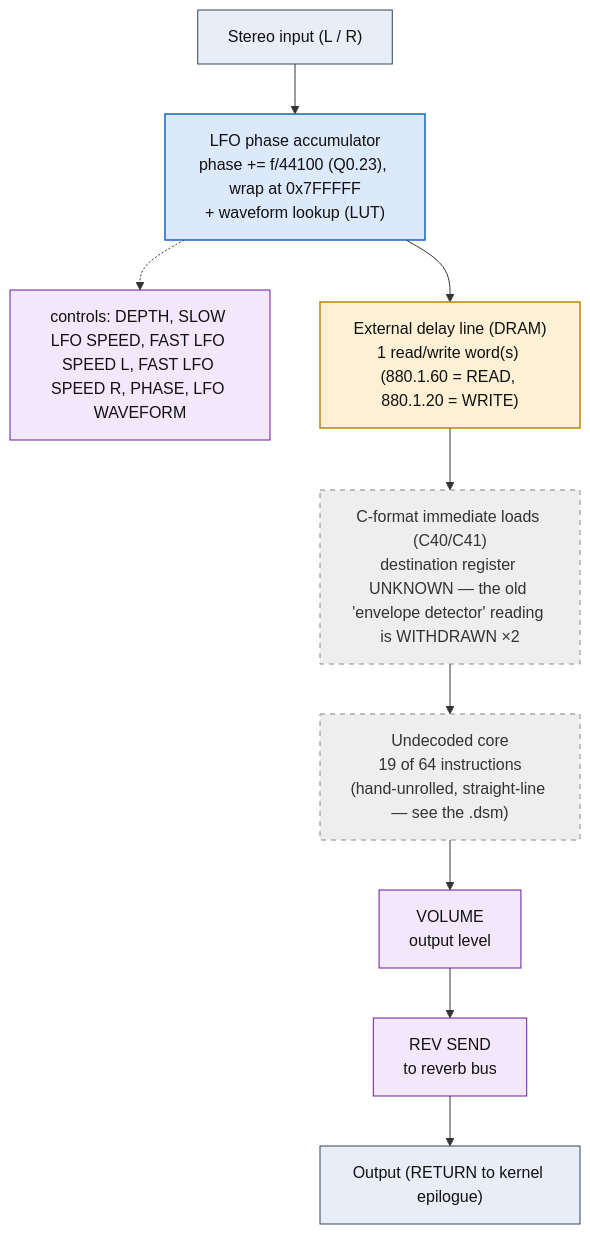
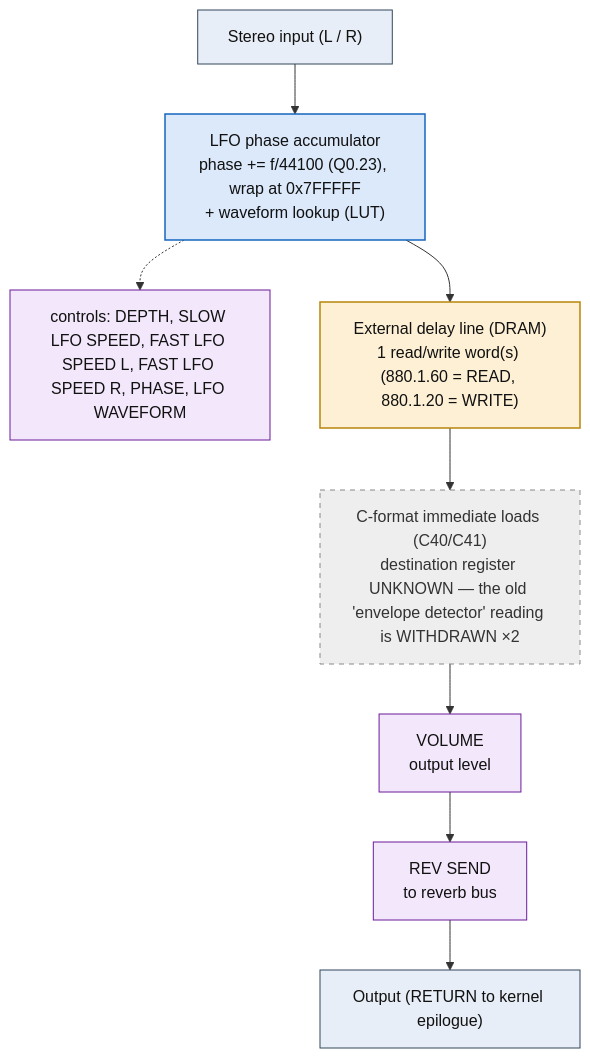
The diagram in dsp/flowcharts/prog56_mix_up.md (ArqueologiaDigital/kn5000-roms-disasm), drawn with Mermaid before and after one commit. The commit also changed other lines of this file and 39 other files, not shown here.

First line of the commit message:
dsp: annotate all flowcharts with the classic effect topology each shape matches

````diff
--- a/dsp/flowcharts/prog56_mix_up.md
+++ b/dsp/flowcharts/prog56_mix_up.md
@@ -12,32 +12,30 @@
 ```mermaid
 flowchart TD
     N0["Stereo input (L / R)"]
     N1["LFO phase accumulator<br/>phase += f/44100 (Q0.23), wrap at 0x7FFFFF<br/>+ waveform lookup (LUT)"]
     N0 --> N1
     N2["controls: DEPTH, SLOW LFO SPEED, FAST LFO SPEED L, FAST LFO SPEED R, PHASE, LFO WAVEFORM"]
     N1 -.-> N2
     N3["External delay line (DRAM)<br/>1 read/write word(s) (880.1.60 = READ, 880.1.20 = WRITE)"]
     N1 --> N3
     N4["C-format immediate loads (C40/C41)<br/>destination register UNKNOWN &mdash; the old 'envelope detector' reading is WITHDRAWN &times;2"]
     N3 --> N4
-    N5["Undecoded core<br/>19 of 64 instructions<br/>(hand-unrolled, straight-line &mdash; see the .dsm)"]
+    N5["VOLUME<br/>output level"]
     N4 --> N5
-    N6["VOLUME<br/>output level"]
+    N6["REV SEND<br/>to reverb bus"]
     N5 --> N6
-    N7["REV SEND<br/>to reverb bus"]
+    N7["Output (RETURN to kernel epilogue)"]
     N6 --> N7
-    N8["Output (RETURN to kernel epilogue)"]
-    N7 --> N8
 
     classDef io fill:#e8eef7,stroke:#33475b,stroke-width:1px,color:#111;
     classDef proven fill:#d7f0d7,stroke:#2e7d32,stroke-width:2px,color:#111;
     classDef measured fill:#dbe9fb,stroke:#1565c0,stroke-width:1.5px,color:#111;
     classDef inferred fill:#fdf0d5,stroke:#b8860b,stroke-width:1.5px,color:#111;
     classDef open fill:#eeeeee,stroke:#888,stroke-width:1px,color:#333,stroke-dasharray:5 5;
     classDef ctrl fill:#f3e8fb,stroke:#6a1b9a,stroke-width:1px,color:#111;
-    class N0,N8 io;
+    class N0,N7 io;
     class N1 measured;
-    class N2,N6,N7 ctrl;
+    class N2,N5,N6 ctrl;
     class N3 inferred;
-    class N4,N5 open;
+    class N4 open;
 ```
````
